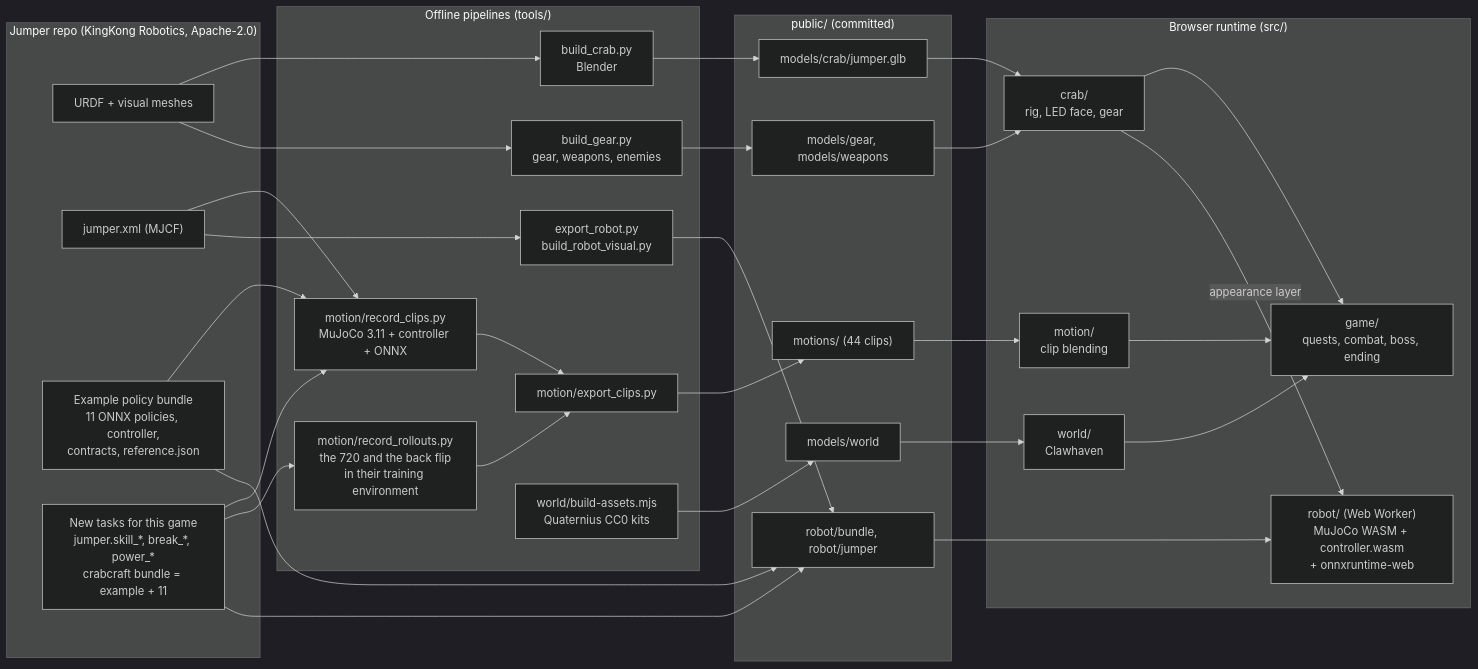
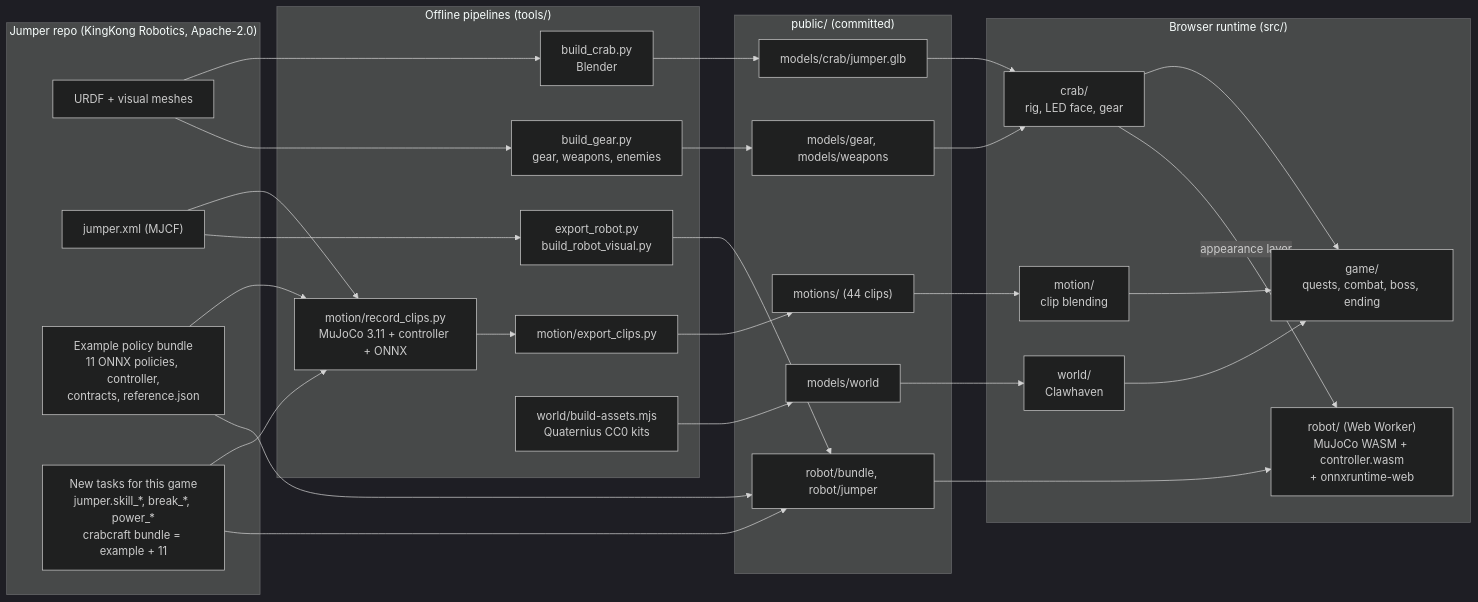
The diagram in README.md (inhyk/crabcraft), drawn with Mermaid (dark theme) before and after one commit. The commit also changed other lines of this file and 45 other files, not shown here.

First line of the commit message:
Breakdance: the 720 and the back flip live in Robot Mode, bundle-recorded clips, contest video (#3)

````diff
--- a/README.md
+++ b/README.md
@@ -231,46 +236,44 @@
 ```mermaid
 flowchart LR
   subgraph J["Jumper repo (KingKong Robotics, Apache-2.0)"]
     URDF["URDF + visual meshes"]
     MJCF["jumper.xml (MJCF)"]
     BUNDLE["Example policy bundle<br/>11 ONNX policies, controller,<br/>contracts, reference.json"]
     SKILL["New tasks for this game<br/>jumper.skill_*, break_*, power_*<br/>crabcraft bundle = example + 11"]
   end
   subgraph T["Offline pipelines (tools/)"]
     BC["build_crab.py<br/>Blender"]
     BG["build_gear.py<br/>gear, weapons, enemies"]
     REC["motion/record_clips.py<br/>MuJoCo 3.11 + controller + ONNX"]
-    ROLL["motion/record_rollouts.py<br/>the 720 and the back flip<br/>in their training environment"]
     EXP["motion/export_clips.py"]
     ER["export_robot.py<br/>build_robot_visual.py"]
     WB["world/build-assets.mjs<br/>Quaternius CC0 kits"]
   end
   subgraph P["public/ (committed)"]
     GLB["models/crab/jumper.glb"]
     GEAR["models/gear, models/weapons"]
     MOT["motions/ (44 clips)"]
     RB["robot/bundle, robot/jumper"]
     WG["models/world"]
   end
   subgraph R["Browser runtime (src/)"]
     CRAB["crab/<br/>rig, LED face, gear"]
     MOTION["motion/<br/>clip blending"]
     WORLD["world/<br/>Clawhaven"]
     GAME["game/<br/>quests, combat, boss, ending"]
     ROBOT["robot/ (Web Worker)<br/>MuJoCo WASM + controller.wasm<br/>+ onnxruntime-web"]
   end
   URDF --> BC --> GLB --> CRAB
   URDF --> BG --> GEAR --> CRAB
   MJCF --> REC
   BUNDLE --> REC --> EXP --> MOT --> MOTION
   SKILL --> REC
-  SKILL --> ROLL --> EXP
   MJCF --> ER --> RB
   BUNDLE --> RB --> ROBOT
   SKILL --> RB
   WB --> WG --> WORLD
   CRAB --> GAME
   MOTION --> GAME
   WORLD --> GAME
   CRAB -->|appearance layer| ROBOT
 ```
````
